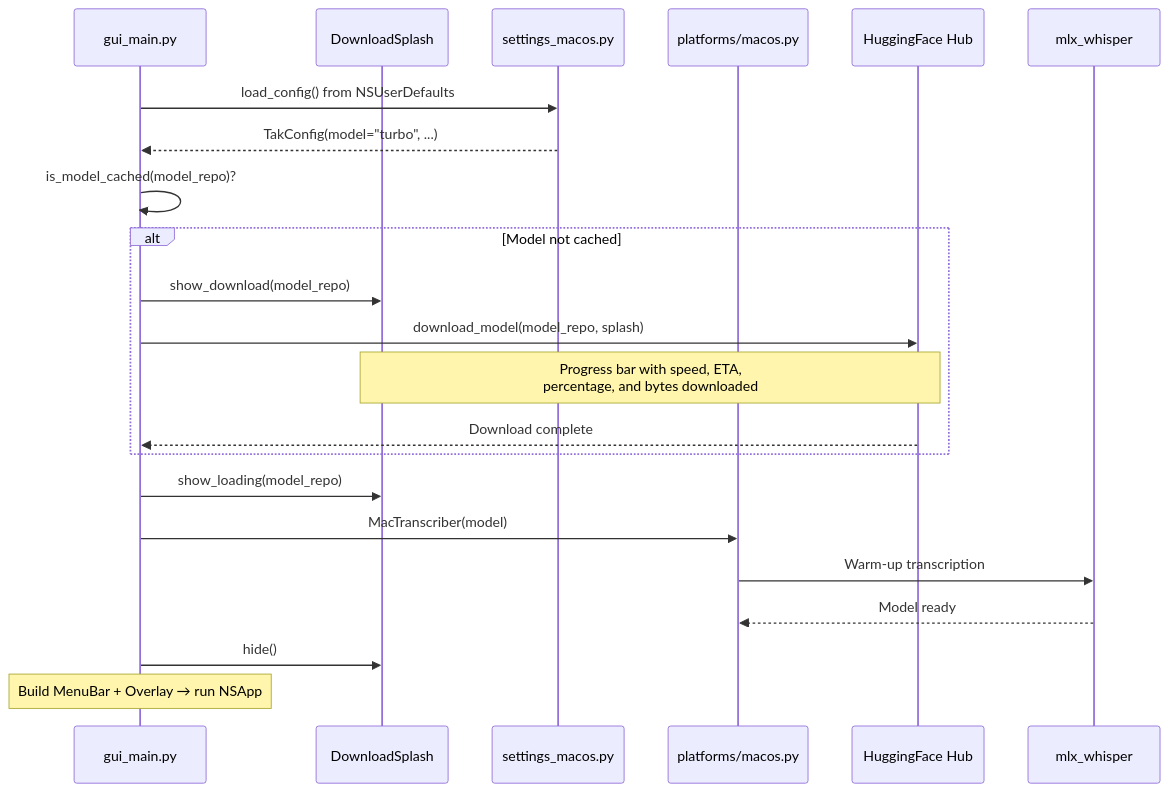
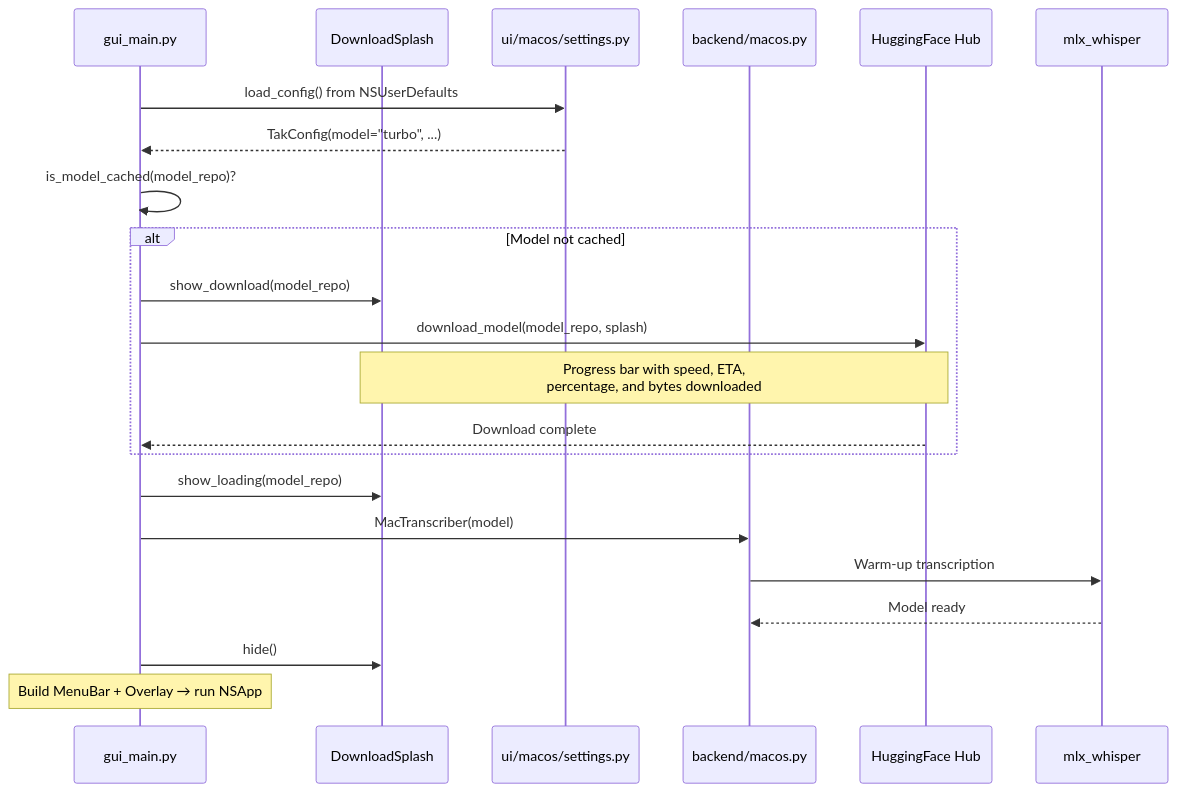
One commit to lchonkan/tak changed the sixth of 9 diagrams in docs/platform-architecture.md. Above: the diagram before and after it, drawn with Mermaid. The commit also changed other lines of this file and 45 other files, not shown here.

````diff
--- a/docs/platform-architecture.md
+++ b/docs/platform-architecture.md
@@ -293,29 +293,29 @@
 ```mermaid
 sequenceDiagram
     participant GUI as gui_main.py
     participant SPLASH as DownloadSplash
-    participant SETTINGS as settings_macos.py
-    participant MACOS as platforms/macos.py
+    participant SETTINGS as ui/macos/settings.py
+    participant MACOS as backend/macos.py
     participant HF as HuggingFace Hub
     participant MLX as mlx_whisper
 
     GUI->>SETTINGS: load_config() from NSUserDefaults
     SETTINGS-->>GUI: TakConfig(model="turbo", ...)
 
     GUI->>GUI: is_model_cached(model_repo)?
 
     alt Model not cached
         GUI->>SPLASH: show_download(model_repo)
         GUI->>HF: download_model(model_repo, splash)
         Note over SPLASH,HF: Progress bar with speed, ETA,<br/>percentage, and bytes downloaded
         HF-->>GUI: Download complete
     end
 
     GUI->>SPLASH: show_loading(model_repo)
     GUI->>MACOS: MacTranscriber(model)
     MACOS->>MLX: Warm-up transcription
     MLX-->>MACOS: Model ready
     GUI->>SPLASH: hide()
 
     Note over GUI: Build MenuBar + Overlay → run NSApp
 ```
````
